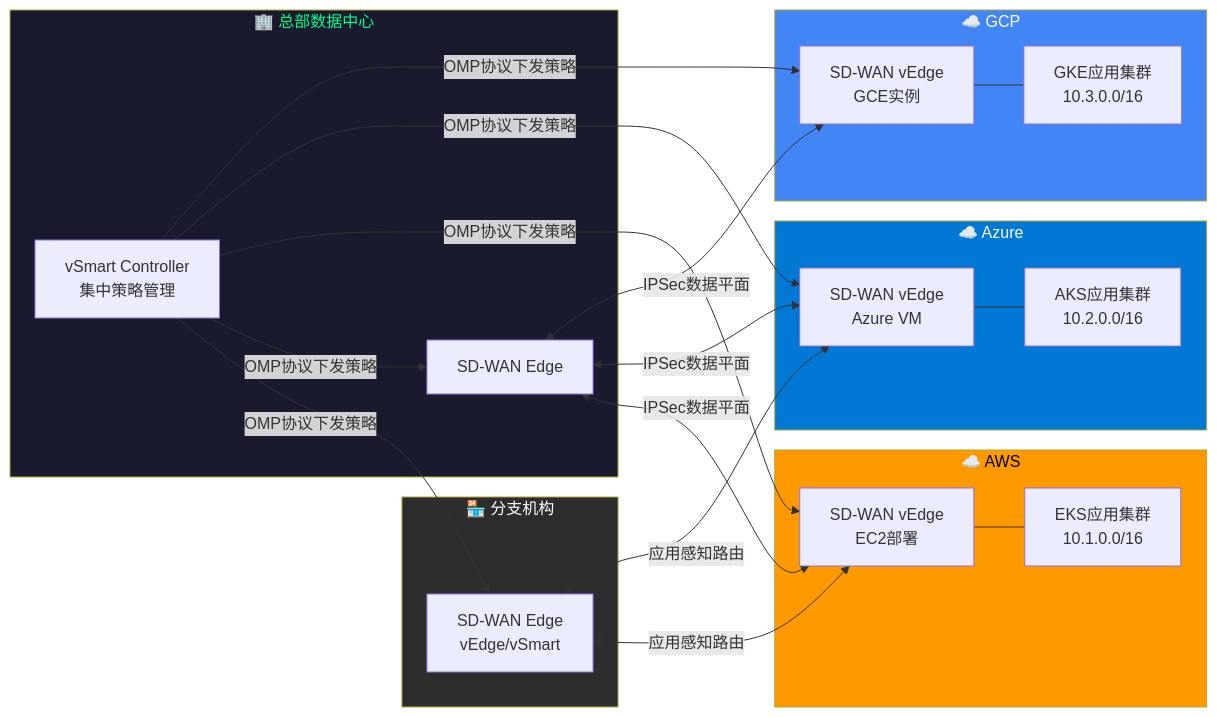
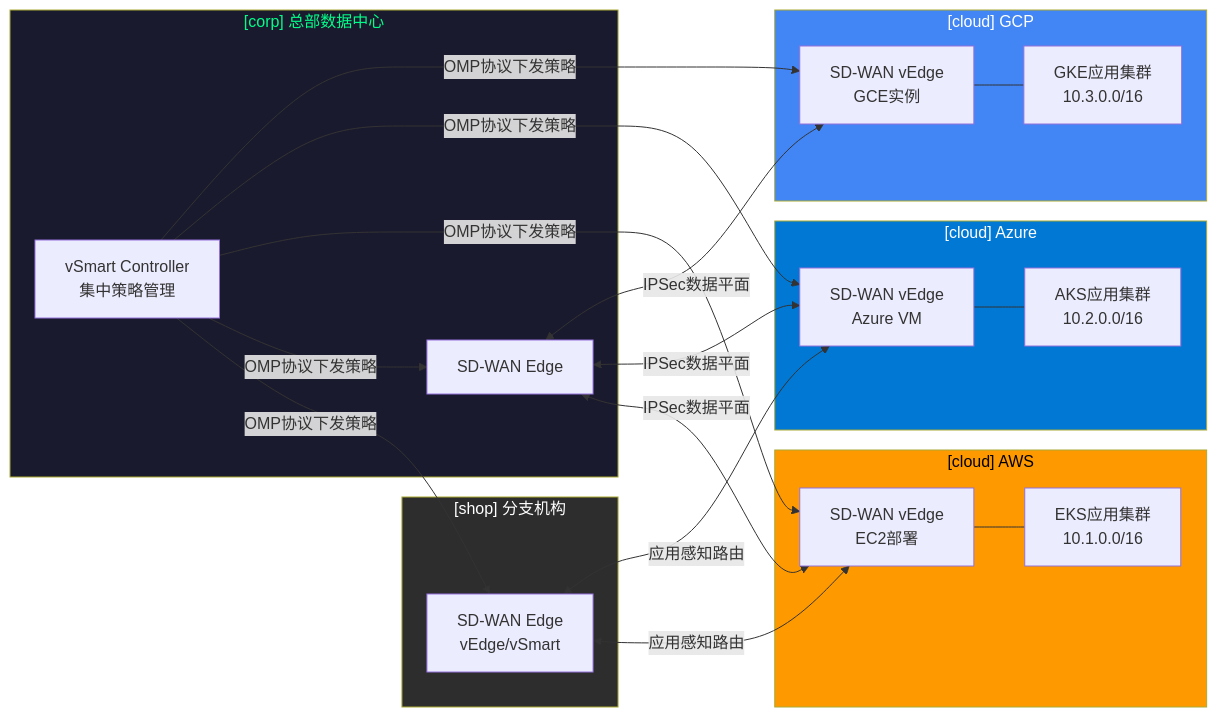
One commit to SKT-Shurima/NetworkMastery changed the third of 5 diagrams in docs/guide/cloud/multi-cloud.md. Above: the diagram before and after it, drawn with Mermaid. The commit also changed other lines of this file and 54 other files, not shown here.

````diff
--- a/docs/guide/cloud/multi-cloud.md
+++ b/docs/guide/cloud/multi-cloud.md
@@ -208,48 +208,48 @@
 ```mermaid
 graph LR
-    subgraph Branch["🏪 分支机构"]
+    subgraph Branch["[shop] 分支机构"]
         EDGE1[SD-WAN Edge<br/>vEdge/vSmart]
     end
 
-    subgraph HQ["🏢 总部数据中心"]
+    subgraph HQ["[corp] 总部数据中心"]
         EDGE2[SD-WAN Edge]
         Controller[vSmart Controller<br/>集中策略管理]
     end
 
-    subgraph AWS_Cloud["☁️ AWS"]
+    subgraph AWS_Cloud["[cloud] AWS"]
         VEDGE_AWS[SD-WAN vEdge<br/>EC2部署]
         APP_AWS[EKS应用集群<br/>10.1.0.0/16]
     end
 
-    subgraph Azure_Cloud["☁️ Azure"]
+    subgraph Azure_Cloud["[cloud] Azure"]
         VEDGE_AZ[SD-WAN vEdge<br/>Azure VM]
         APP_AZ[AKS应用集群<br/>10.2.0.0/16]
     end
 
-    subgraph GCP_Cloud["☁️ GCP"]
+    subgraph GCP_Cloud["[cloud] GCP"]
         VEDGE_GCP[SD-WAN vEdge<br/>GCE实例]
         APP_GCP[GKE应用集群<br/>10.3.0.0/16]
     end
 
     Controller -->|OMP协议下发策略| EDGE1
     Controller -->|OMP协议下发策略| EDGE2
     Controller -->|OMP协议下发策略| VEDGE_AWS
     Controller -->|OMP协议下发策略| VEDGE_AZ
     Controller -->|OMP协议下发策略| VEDGE_GCP
 
     EDGE1 <-->|应用感知路由| VEDGE_AWS
     EDGE1 <-->|应用感知路由| VEDGE_AZ
     EDGE2 <-->|IPSec数据平面| VEDGE_AWS
     EDGE2 <-->|IPSec数据平面| VEDGE_AZ
     EDGE2 <-->|IPSec数据平面| VEDGE_GCP
 
     VEDGE_AWS --- APP_AWS
     VEDGE_AZ --- APP_AZ
     VEDGE_GCP --- APP_GCP
 
     style Branch fill:#2d2d2d,color:#fff
     style HQ fill:#1a1a2e,color:#00ff88
     style AWS_Cloud fill:#FF9900,color:#000
     style Azure_Cloud fill:#0078D4,color:#fff
     style GCP_Cloud fill:#4285F4,color:#fff
 ```
````
